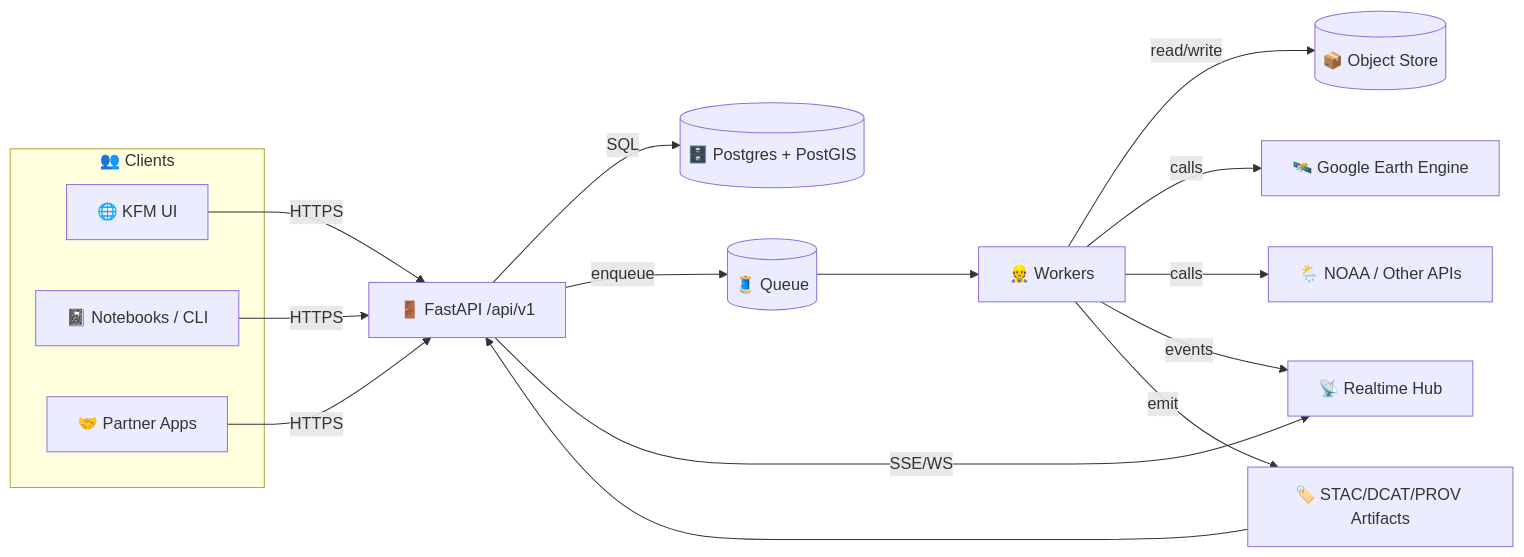
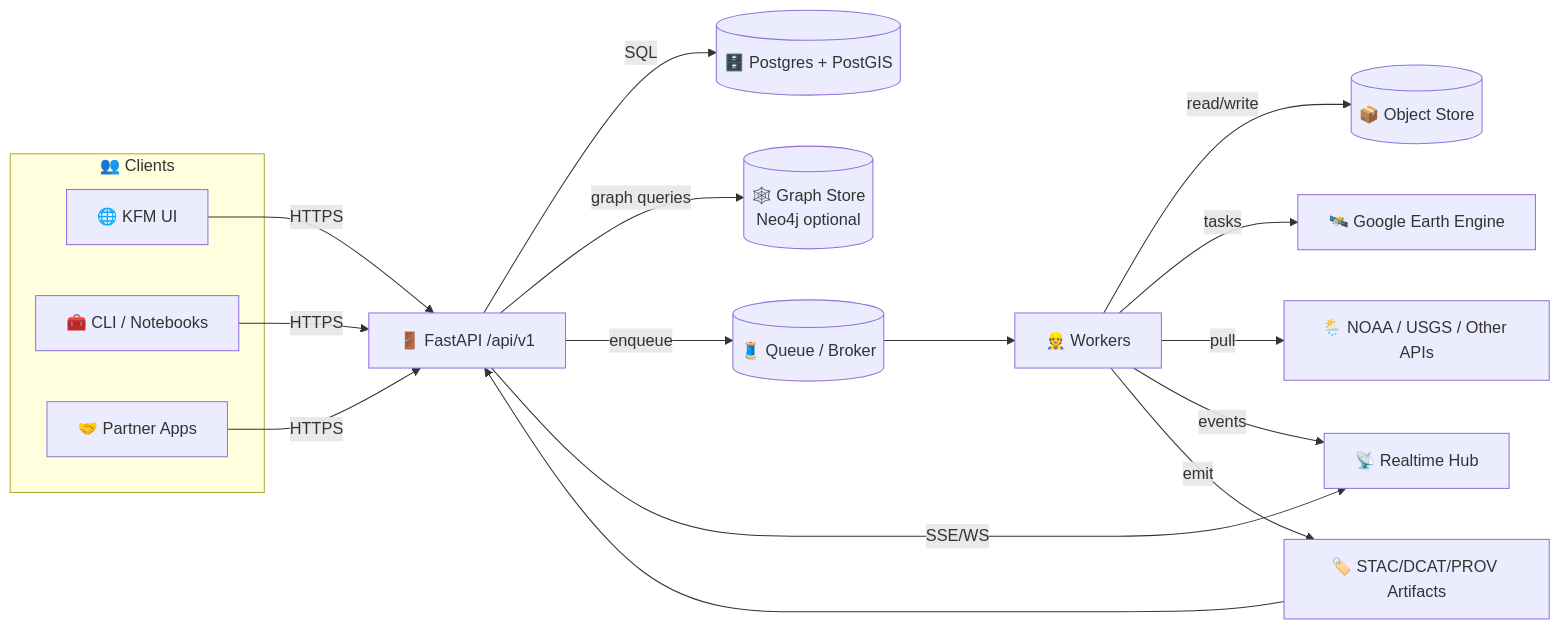
Before and after one commit to bartytime4life/Kansas-Frontier-Matrix: the diagram in api/README.md, drawn with Mermaid. The commit also changed other lines of this file, not shown here.

````diff
--- a/api/README.md
+++ b/api/README.md
@@ -97,27 +127,28 @@
 ```mermaid
 flowchart LR
   subgraph Clients["👥 Clients"]
     UI[🌐 KFM UI]
-    NB[📓 Notebooks / CLI]
+    CLI[🧰 CLI / Notebooks]
     EXT[🤝 Partner Apps]
   end
 
   UI -->|HTTPS| API[🚪 FastAPI /api/v1]
-  NB -->|HTTPS| API
+  CLI -->|HTTPS| API
   EXT -->|HTTPS| API
 
   API -->|SQL| DB[(🗄️ Postgres + PostGIS)]
-  API -->|enqueue| Q[(🧵 Queue)]
+  API -->|graph queries| GRAPH[(🕸️ Graph Store<br/>Neo4j optional)]
+  API -->|enqueue| Q[(🧵 Queue / Broker)]
   Q --> W[👷 Workers]
 
   W -->|read/write| OBJ[(📦 Object Store)]
-  W -->|calls| GEE[🛰️ Google Earth Engine]
-  W -->|calls| EXTAPI[🌦️ NOAA / Other APIs]
+  W -->|tasks| GEE[🛰️ Google Earth Engine]
+  W -->|pull| EXTAPI[🌦️ NOAA / USGS / Other APIs]
 
   API -->|SSE/WS| RT[📡 Realtime Hub]
   W -->|events| RT
 
-  %% Governance signals
+  %% Governance artifacts
   W -->|emit| CAT[🏷️ STAC/DCAT/PROV Artifacts]
   CAT --> API
 ```
````
